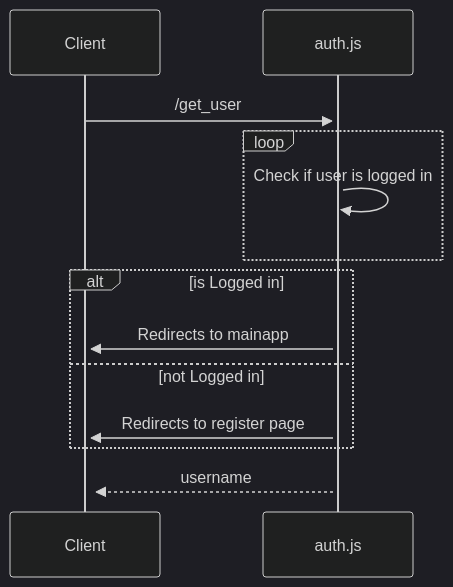
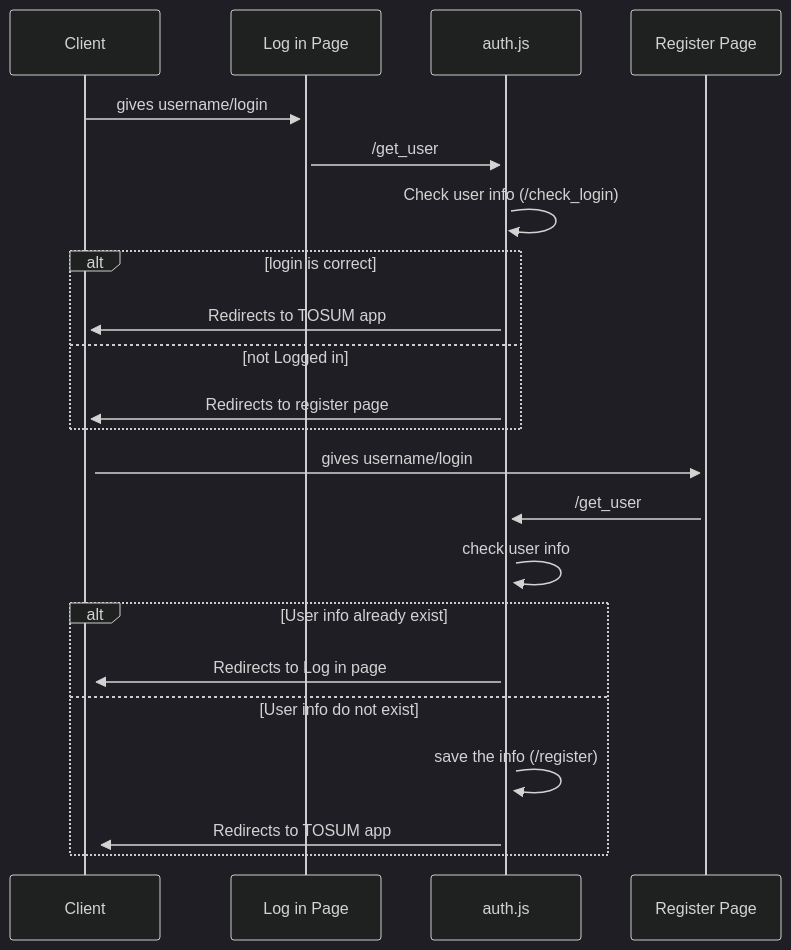
The diagram in README.md (JulienDelages/Motus), drawn with Mermaid (dark theme) before and after one commit. The commit also changed other lines of this file, not shown here.

Commit message:
modified:   README.md

````diff
--- a/README.md
+++ b/README.md
@@ -32,13 +25,20 @@
 ```mermaid
 sequenceDiagram
-    Client->>+auth.js: /get_user
-    loop
-        auth.js->>auth.js: Check if user is logged in
-    end
-    alt is Logged in
-        auth.js->>+Client: Redirects to mainapp
+    Client->>+Log in Page: gives username/login
+    Log in Page->>+auth.js: /get_user
+    auth.js->>auth.js: Check user info (/check_login)
+    alt login is correct
+        auth.js->>+Client: Redirects to TOSUM app
     else not Logged in
         auth.js->>+Client: Redirects to register page
     end
-    auth.js-->>Client: username
+    Client->>+Register Page: gives username/login
+    Register Page->>+auth.js: /get_user
+    auth.js->>auth.js: check user info
+    alt User info already exist
+        auth.js->>+Client: Redirects to Log in page
+    else User info do not exist
+        auth.js->>auth.js: save the info (/register)
+        auth.js->>+Client: Redirects to TOSUM app
+    end
 ```
````
